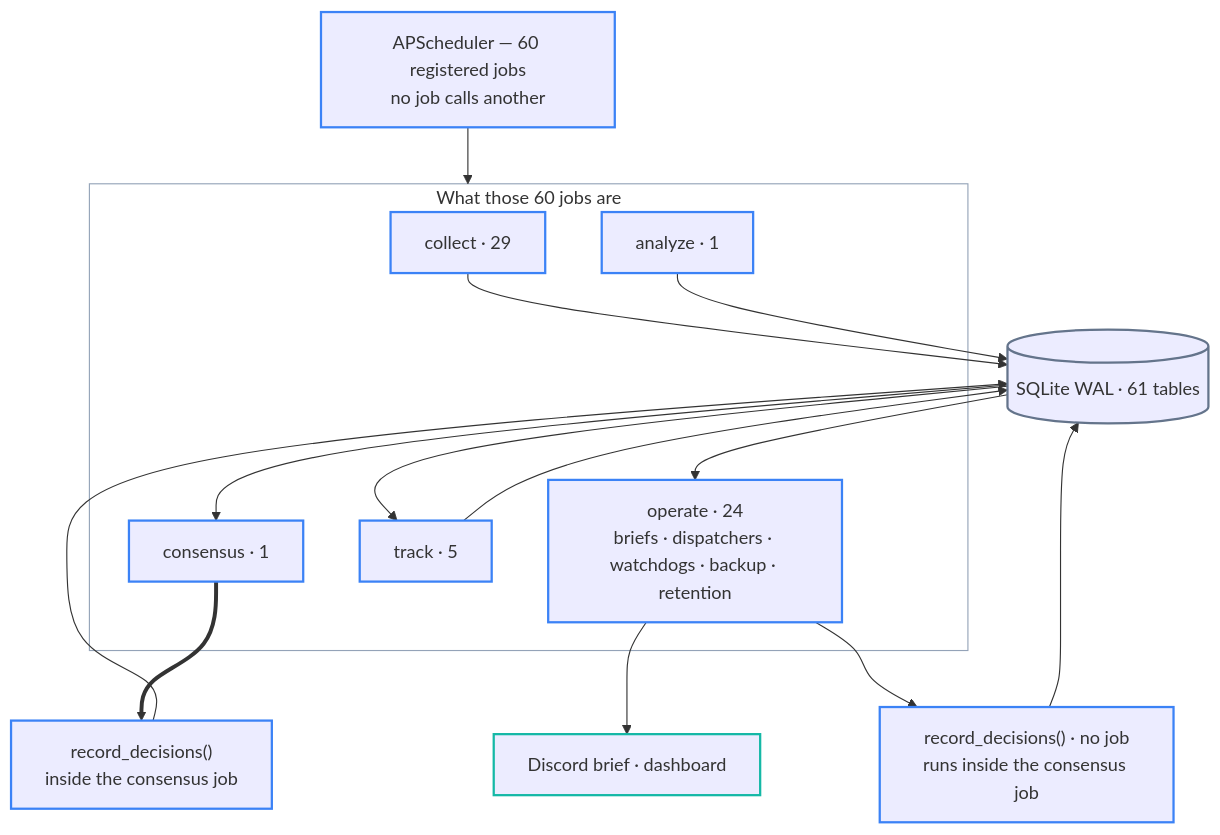
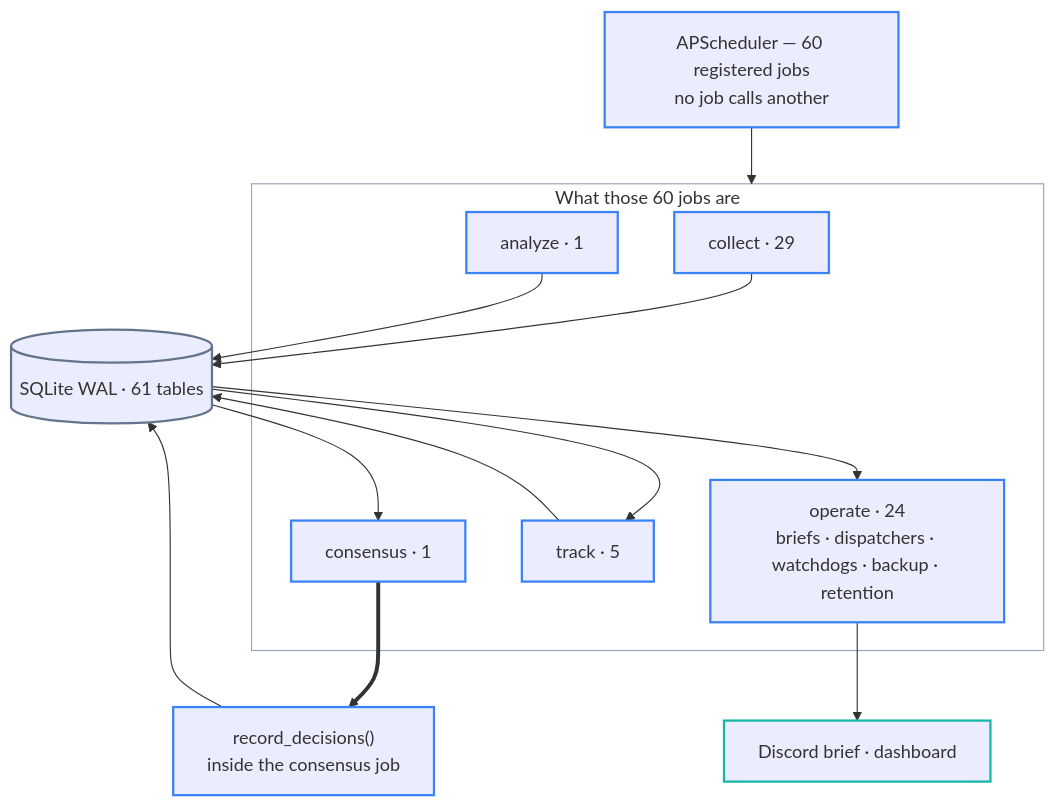
One commit to researcherhojin/nuri-quant changed the first of 3 diagrams in docs/ARCHITECTURE.md. Above: the diagram before and after it, drawn with Mermaid. The commit also changed other lines of this file and 16 other files, not shown here.

````diff
--- a/docs/ARCHITECTURE.md
+++ b/docs/ARCHITECTURE.md
@@ -23,38 +23,35 @@
 ```mermaid
 flowchart TB
     CLOCK["APScheduler — 60 registered jobs<br/>no job calls another"]
 
     subgraph JOBS["What those 60 jobs are"]
         JC["collect · 29"]
         JA["analyze · 1"]
         JD["consensus · 1"]
         JT["track · 5"]
         JO["operate · 24<br/>briefs · dispatchers · watchdogs · backup · retention"]
     end
 
     DB[("SQLite WAL · 61 tables")]
     RD["record_decisions()<br/>inside the consensus job"]
-    CERT["record_decisions() · no job<br/>runs inside the consensus job"]
     OUT["Discord brief · dashboard"]
 
     CLOCK --> JOBS
     JC --> DB
     JA --> DB
     DB --> JD
     JD ==> RD
     RD --> DB
     DB --> JT
     JT --> DB
     DB --> JO --> OUT
-    JO --> CERT
-    CERT --> DB
 
     classDef step  stroke:#3b82f6,stroke-width:2px
     classDef store stroke:#64748b,stroke-width:2px
     classDef out   stroke:#14b8a6,stroke-width:2px
     classDef zone  fill:none,stroke:#94a3b8,stroke-width:1px
-    class CLOCK,JC,JA,JD,JT,JO,RD,CERT step
+    class CLOCK,JC,JA,JD,JT,JO,RD step
     class DB store
     class OUT out
     class JOBS zone
 ```
````
